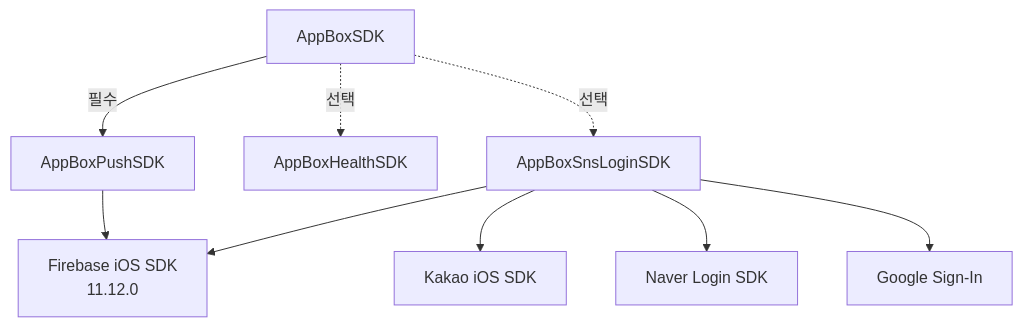
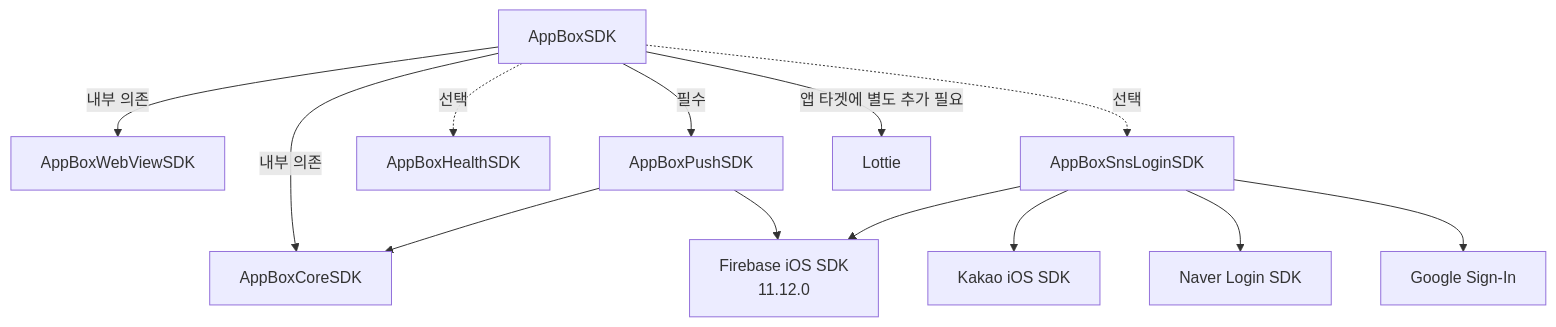
Before and after one commit to MobilePartnersCo/AppBoxSampleiOS: the diagram in README.md, drawn with Mermaid. The commit also changed other lines of this file and 2 other files, not shown here.

Commit message:
AppBox SDK (v1.2.6) 출시

````diff
--- a/README.md
+++ b/README.md
@@ -77,22 +109,29 @@
 ```mermaid
 graph TB
     AppBoxSDK[AppBoxSDK]
+    AppBoxCoreSDK[AppBoxCoreSDK]
+    AppBoxWebViewSDK[AppBoxWebViewSDK]
     AppBoxPushSDK[AppBoxPushSDK]
     AppBoxHealthSDK[AppBoxHealthSDK]
     AppBoxSnsLoginSDK[AppBoxSnsLoginSDK]
 
     Firebase[Firebase iOS SDK<br/>11.12.0]
     KakaoSDK[Kakao iOS SDK]
     NaverSDK[Naver Login SDK]
     GoogleSignIn[Google Sign-In]
+    Lottie[Lottie]
 
+    AppBoxSDK -->|내부 의존| AppBoxCoreSDK
+    AppBoxSDK -->|내부 의존| AppBoxWebViewSDK
     AppBoxSDK -->|필수| AppBoxPushSDK
+    AppBoxSDK -->|앱 타겟에 별도 추가 필요| Lottie
     AppBoxSDK -.->|선택| AppBoxHealthSDK
     AppBoxSDK -.->|선택| AppBoxSnsLoginSDK
 
+    AppBoxPushSDK --> AppBoxCoreSDK
     AppBoxPushSDK --> Firebase
     AppBoxSnsLoginSDK --> Firebase
     AppBoxSnsLoginSDK --> KakaoSDK
     AppBoxSnsLoginSDK --> NaverSDK
     AppBoxSnsLoginSDK --> GoogleSignIn
 ```
````
